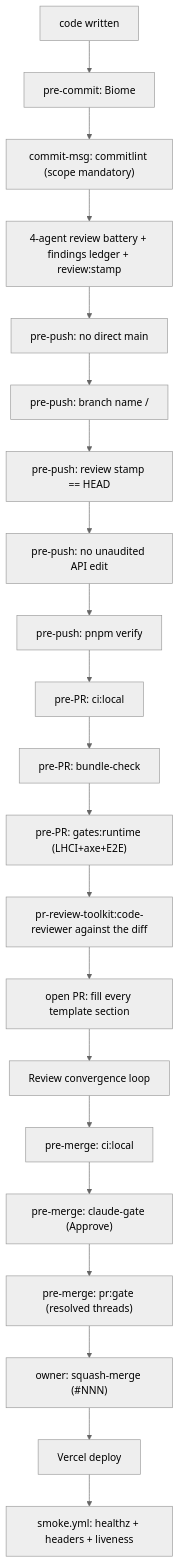
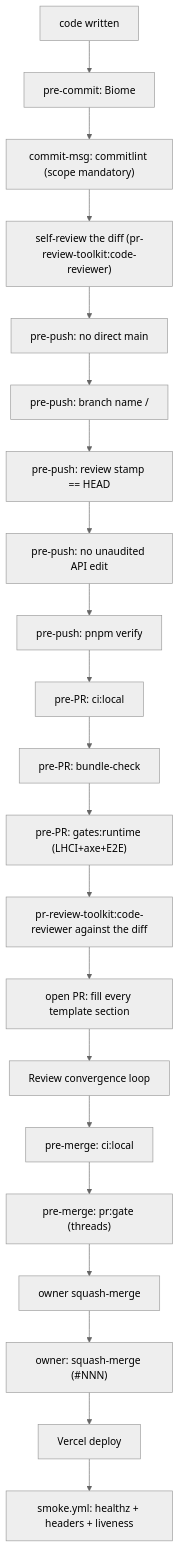
The first of 2 diagrams in docs/handbook/review-merge-release.md (erikunha/portfolio), drawn with Mermaid (neutral theme) before and after one commit. The commit also changed other lines of this file and 77 other files, not shown here.

First line of the commit message:
chore(harness)!: remove the AI-review gate chain and every agent-runtime hook

````diff
--- a/docs/handbook/review-merge-release.md
+++ b/docs/handbook/review-merge-release.md
@@ -7,23 +7,23 @@
 ```mermaid
 flowchart TD
     write["code written"] --> c1["pre-commit: Biome"]
     c1 --> c2["commit-msg: commitlint (scope mandatory)"]
-    c2 --> battery["4-agent review battery + findings ledger + review:stamp"]
+    c2 --> battery["self-review the diff (pr-review-toolkit:code-reviewer)"]
     battery --> p1["pre-push: no direct main"]
     p1 --> p2["pre-push: branch name <type>/<desc>"]
     p2 --> p3["pre-push: review stamp == HEAD"]
     p3 --> p4["pre-push: no unaudited API edit"]
     p4 --> p5["pre-push: pnpm verify"]
     p5 --> r1["pre-PR: ci:local"]
     r1 --> r2["pre-PR: bundle-check"]
     r2 --> r4["pre-PR: gates:runtime (LHCI+axe+E2E)"]
     r4 --> r5["pr-review-toolkit:code-reviewer against the diff"]
     r5 --> o1["open PR: fill every template section"]
     o1 --> o2["Review convergence loop"]
     o2 --> m1["pre-merge: ci:local"]
-    m1 --> m3["pre-merge: claude-gate (Approve)"]
-    m3 --> m4["pre-merge: pr:gate (resolved threads)"]
+    m1 --> m3["pre-merge: pr:gate (threads)"]
+    m3 --> m4["owner squash-merge"]
     m4 --> merge["owner: squash-merge (#NNN)"]
     merge --> deploy["Vercel deploy"]
     deploy --> smoke["smoke.yml: healthz + headers + liveness"]
 ```
````
